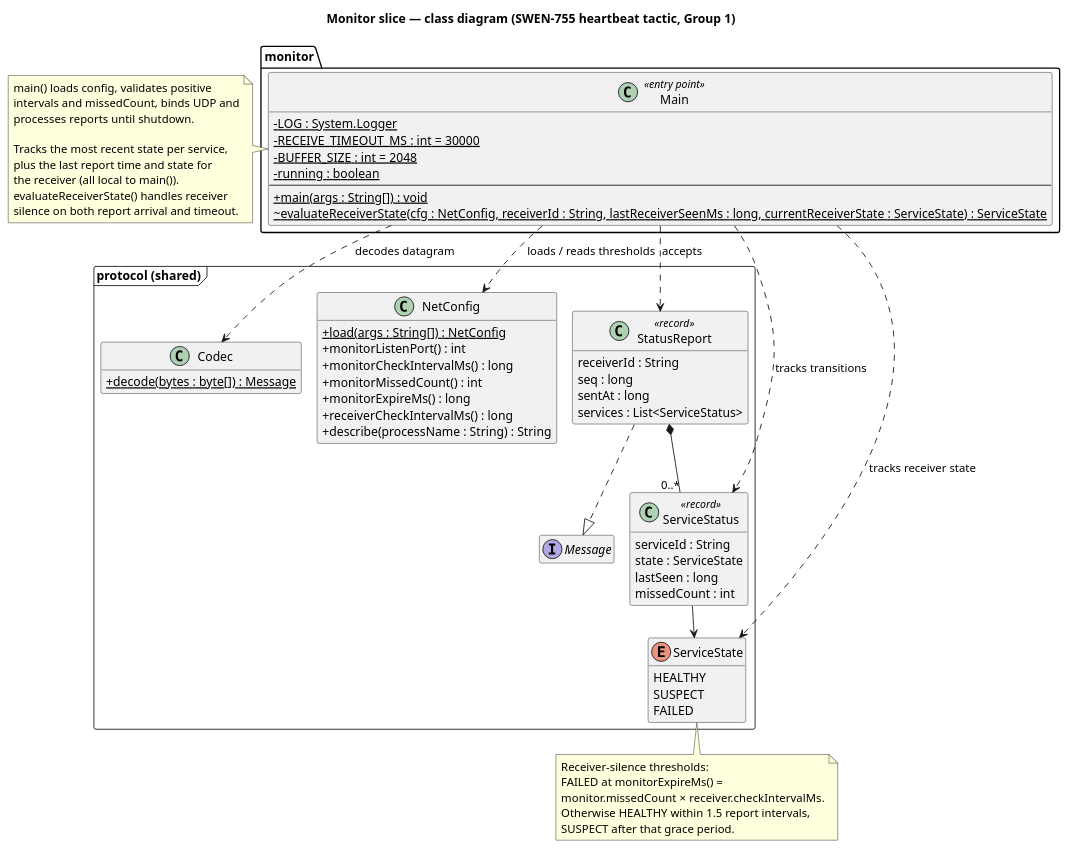
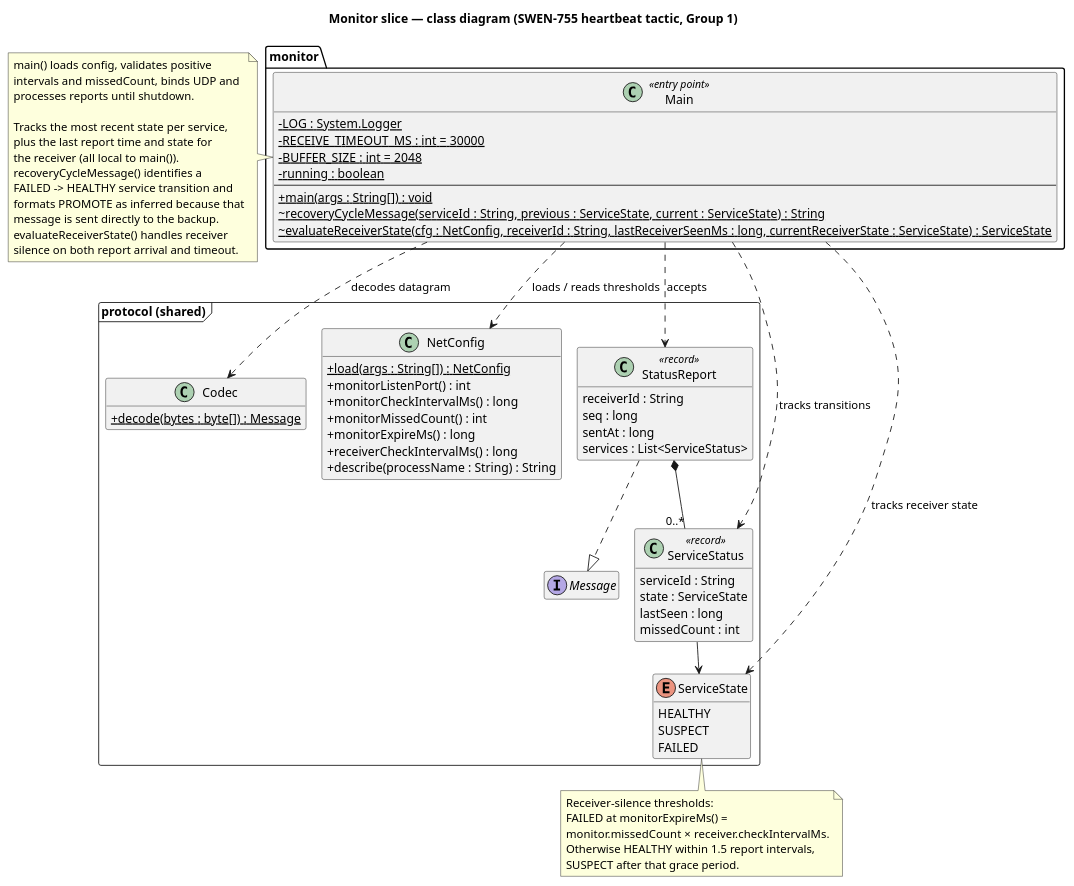
The diagram in uml/monitor/monitor-class.puml (kobster68/tactic-implementation), drawn with PlantUML before and after one commit. The commit also changed 4 other files, not shown here.

```diff
--- a/uml/monitor/monitor-class.puml
+++ b/uml/monitor/monitor-class.puml
@@ -1,84 +1,89 @@
 @startuml monitor-class
 !pragma layout smetana
 title Monitor slice — class diagram (SWEN-755 heartbeat tactic, Group 1)
 
 skinparam classAttributeIconSize 0
 skinparam shadowing false
 hide empty members
 
 ' ============ monitor module (this slice) ============
 package "monitor" {
   class Main <<entry point>> {
     - {static} LOG : System.Logger
     - {static} RECEIVE_TIMEOUT_MS : int = 30000
     - {static} BUFFER_SIZE : int = 2048
     - {static} running : boolean
     --
     + {static} main(args : String[]) : void
+    ~ {static} recoveryCycleMessage(serviceId : String, previous : ServiceState, current : ServiceState) : String
     ~ {static} evaluateReceiverState(cfg : NetConfig, receiverId : String, lastReceiverSeenMs : long, currentReceiverState : ServiceState) : ServiceState
   }
 }
 
 note right of Main
   main() loads config, validates positive
   intervals and missedCount, binds UDP and
   processes reports until shutdown.
 
   Tracks the most recent state per service,
   plus the last report time and state for
   the receiver (all local to main()).
+  recoveryCycleMessage() identifies a
+  FAILED -> HEALTHY service transition and
+  formats PROMOTE as inferred because that
+  message is sent directly to the backup.
   evaluateReceiverState() handles receiver
   silence on both report arrival and timeout.
 end note
 
 ' ============ protocol module (shared; consumed, never edited here) ============
 package "protocol (shared)" <<Frame>> {
   interface Message
   class Codec {
     + {static} decode(bytes : byte[]) : Message
   }
   class NetConfig {
     + {static} load(args : String[]) : NetConfig
     + monitorListenPort() : int
     + monitorCheckIntervalMs() : long
     + monitorMissedCount() : int
     + monitorExpireMs() : long
     + receiverCheckIntervalMs() : long
     + describe(processName : String) : String
   }
   class StatusReport <<record>> {
     receiverId : String
     seq : long
     sentAt : long
     services : List<ServiceStatus>
   }
   class ServiceStatus <<record>> {
     serviceId : String
     state : ServiceState
     lastSeen : long
     missedCount : int
   }
   enum ServiceState {
     HEALTHY
     SUSPECT
     FAILED
   }
 }
 
 StatusReport ..|> Message
 StatusReport *-- "0..*" ServiceStatus
 ServiceStatus --> ServiceState
 Main ..> NetConfig : loads / reads thresholds
 Main ..> Codec : decodes datagram
 Main ..> StatusReport : accepts
 Main ..> ServiceStatus : tracks transitions
 Main ..> ServiceState : tracks receiver state
 
 note bottom of ServiceState
   Receiver-silence thresholds:
   FAILED at monitorExpireMs() =
   monitor.missedCount × receiver.checkIntervalMs.
   Otherwise HEALTHY within 1.5 report intervals,
   SUSPECT after that grace period.
 end note
 @enduml
```
